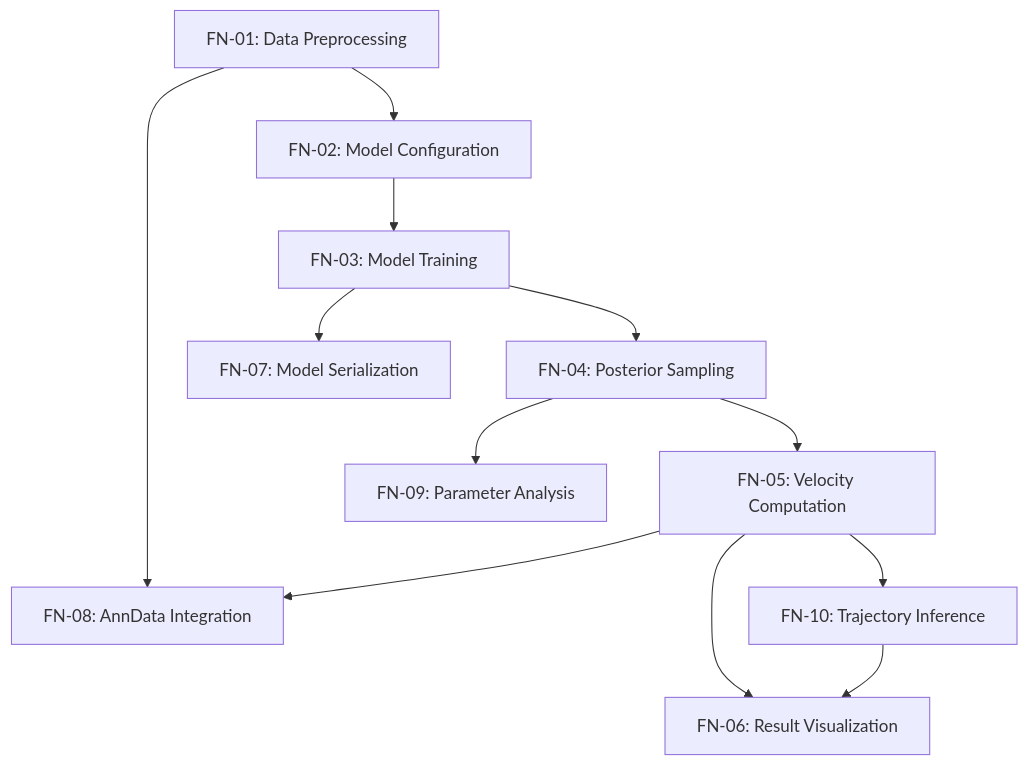
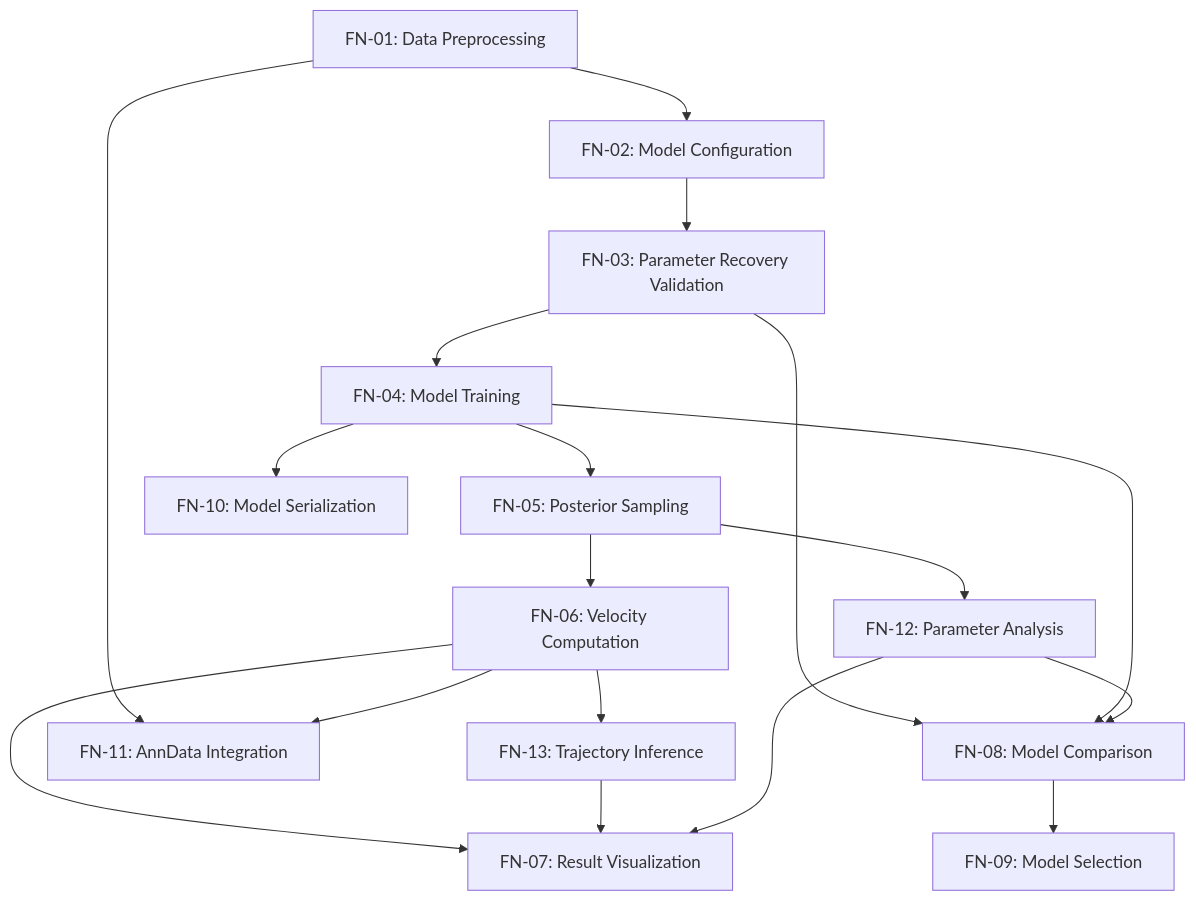
One commit to pinellolab/pyrovelocity changed the fourth of 4 diagrams in nbs/development/requirements.qmd. Above: the diagram before and after it, drawn with Mermaid. The commit also changed other lines of this file, not shown here.

Commit message:
docs(development): propagate model selection updates to requirements

````diff
--- a/nbs/development/requirements.qmd
+++ b/nbs/development/requirements.qmd
@@ -742,16 +915,22 @@
 ```{mermaid}
 graph TD
     FN01[FN-01: Data Preprocessing] --> FN02[FN-02: Model Configuration]
-    FN02 --> FN03[FN-03: Model Training]
-    FN03 --> FN04[FN-04: Posterior Sampling]
-    FN04 --> FN05[FN-05: Velocity Computation]
-    FN05 --> FN06[FN-06: Result Visualization]
-    FN03 --> FN07[FN-07: Model Serialization]
-    FN01 --> FN08[FN-08: AnnData Integration]
-    FN05 --> FN08
-    FN04 --> FN09[FN-09: Parameter Analysis]
-    FN05 --> FN10[FN-10: Trajectory Inference]
-    FN10 --> FN06
+    FN02 --> FN03[FN-03: Parameter Recovery Validation]
+    FN03 --> FN04[FN-04: Model Training]
+    FN04 --> FN05[FN-05: Posterior Sampling]
+    FN05 --> FN06[FN-06: Velocity Computation]
+    FN06 --> FN07[FN-07: Result Visualization]
+    FN03 --> FN08[FN-08: Model Comparison]
+    FN04 --> FN08
+    FN08 --> FN09[FN-09: Model Selection]
+    FN04 --> FN10[FN-10: Model Serialization]
+    FN01 --> FN11[FN-11: AnnData Integration]
+    FN06 --> FN11
+    FN05 --> FN12[FN-12: Parameter Analysis]
+    FN06 --> FN13[FN-13: Trajectory Inference]
+    FN13 --> FN07
+    FN12 --> FN07
+    FN12 --> FN08
 
-    class FN01,FN02,FN03,FN04,FN05,FN06,FN07,FN08,FN09,FN10 function;
+    class FN01,FN02,FN03,FN04,FN05,FN06,FN07,FN08,FN09,FN10,FN11,FN12,FN13 function;
 ```
````
